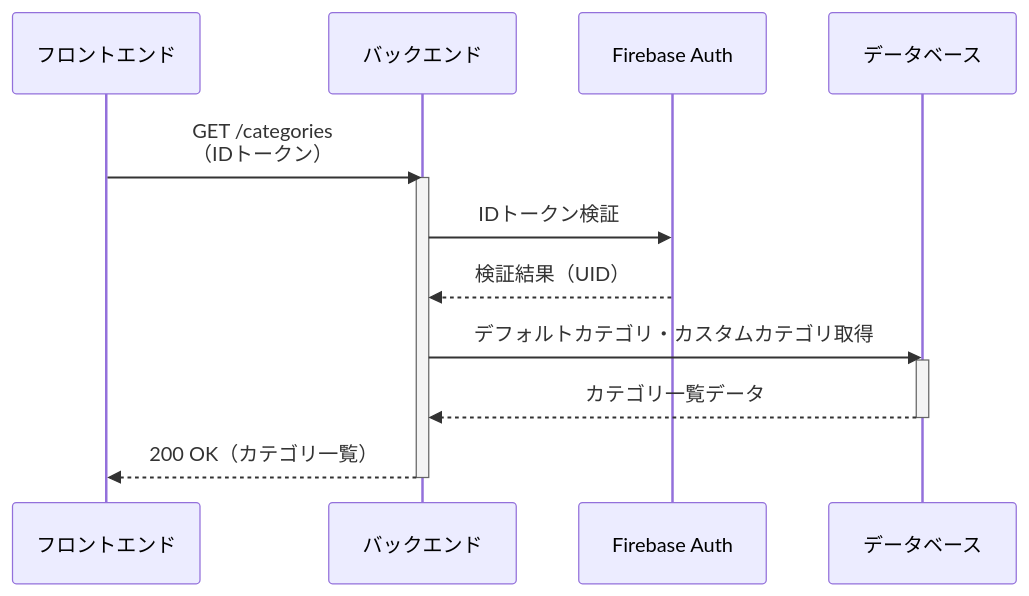
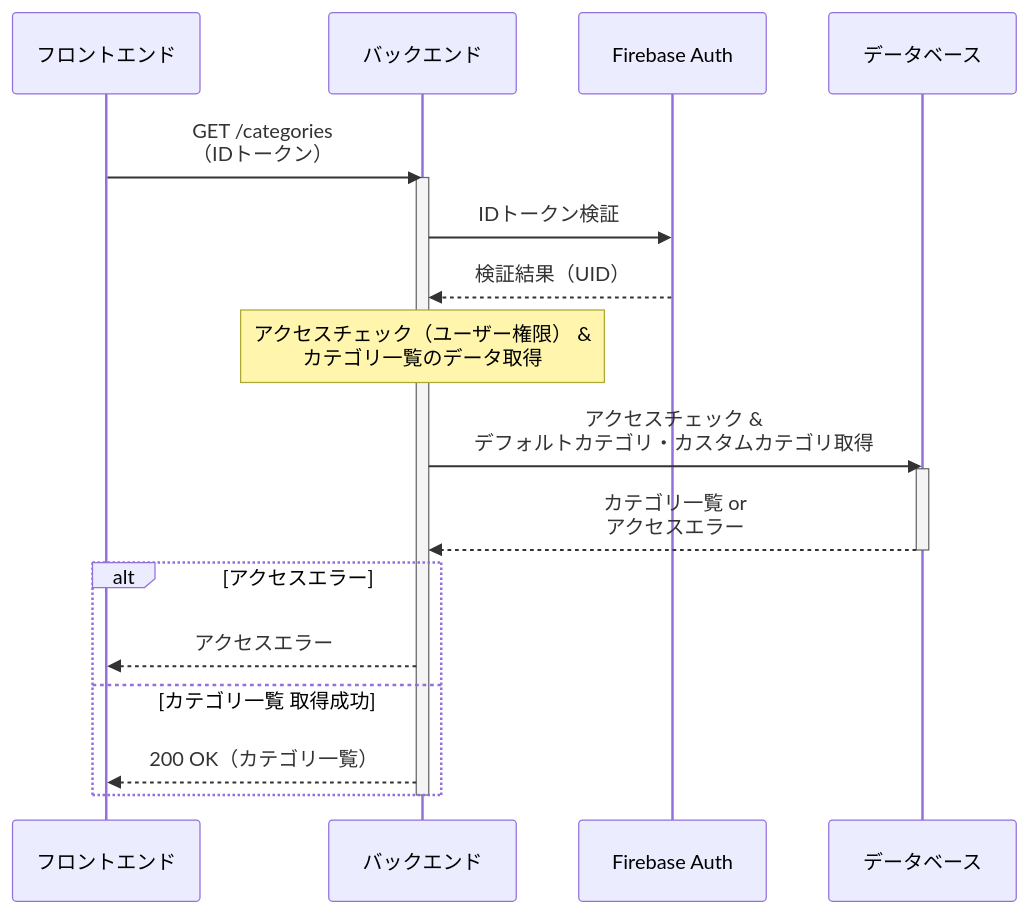
One commit to miki-hayashi-71/inventory-api changed the second of 9 diagrams in doc/seaquence.md. Above: the diagram before and after it, drawn with Mermaid.

Commit message:
docs: Add access check to get-category-list sequence diagram

````diff
--- a/doc/seaquence.md
+++ b/doc/seaquence.md
@@ -39,20 +39,25 @@
 ```mermaid
 sequenceDiagram
     participant フロントエンド
     participant バックエンド
     participant Firebase Auth
     participant データベース
 
     フロントエンド->>バックエンド: GET /categories <br>（IDトークン）
     activate バックエンド
     バックエンド->>Firebase Auth: IDトークン検証
     Firebase Auth-->>バックエンド: 検証結果（UID）
-
-    バックエンド->>データベース: デフォルトカテゴリ・カスタムカテゴリ取得
+    
+    note over バックエンド: アクセスチェック（ユーザー権限） &<br>カテゴリ一覧のデータ取得
+    バックエンド->>データベース: アクセスチェック &<br>デフォルトカテゴリ・カスタムカテゴリ取得
     activate データベース
-    データベース-->>バックエンド: カテゴリ一覧データ
+    データベース-->>バックエンド: カテゴリ一覧 or<br>アクセスエラー
     deactivate データベース
 
-    バックエンド-->>フロントエンド: 200 OK（カテゴリ一覧）
+    alt アクセスエラー
+        バックエンド -->> フロントエンド: アクセスエラー
+    else カテゴリ一覧 取得成功
+        バックエンド-->>フロントエンド: 200 OK（カテゴリ一覧）
+    end
     deactivate バックエンド
 ```
````
